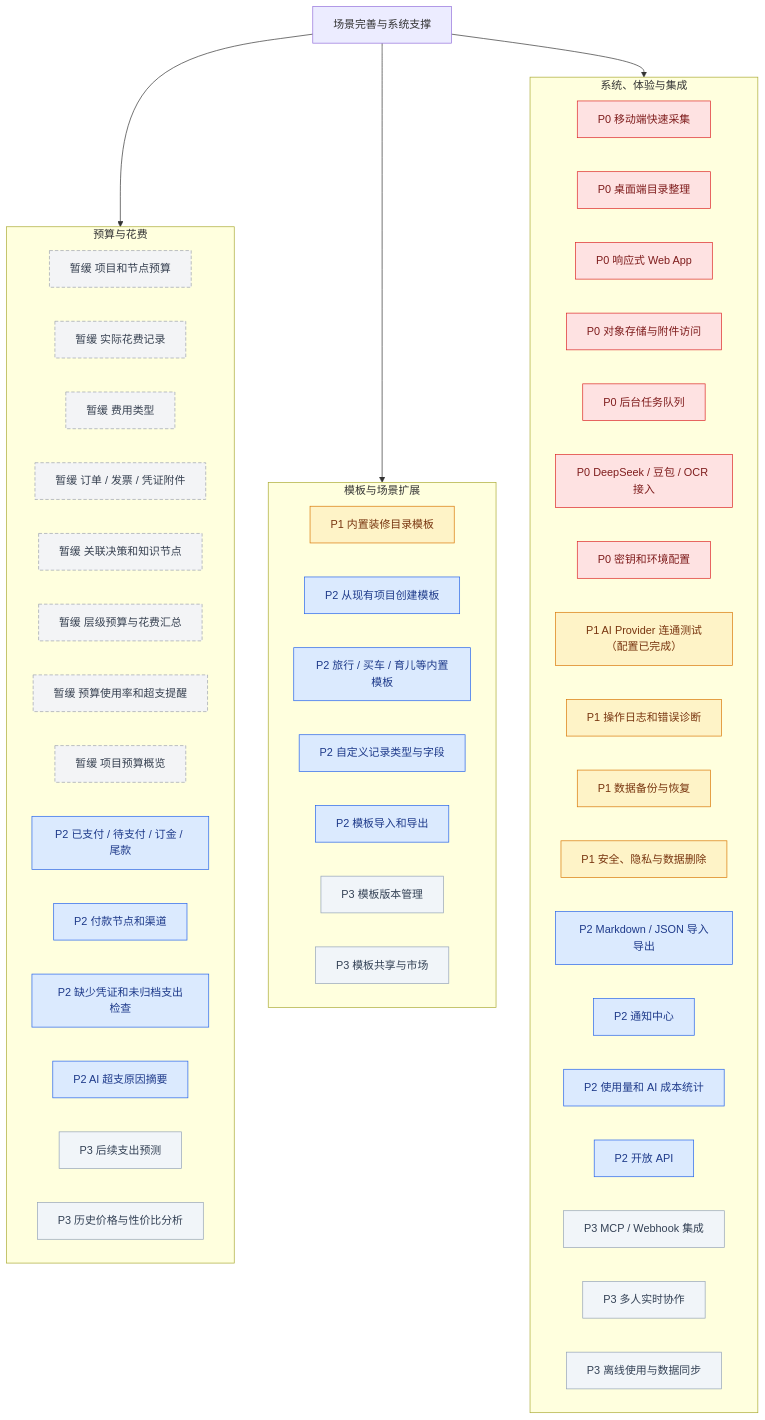
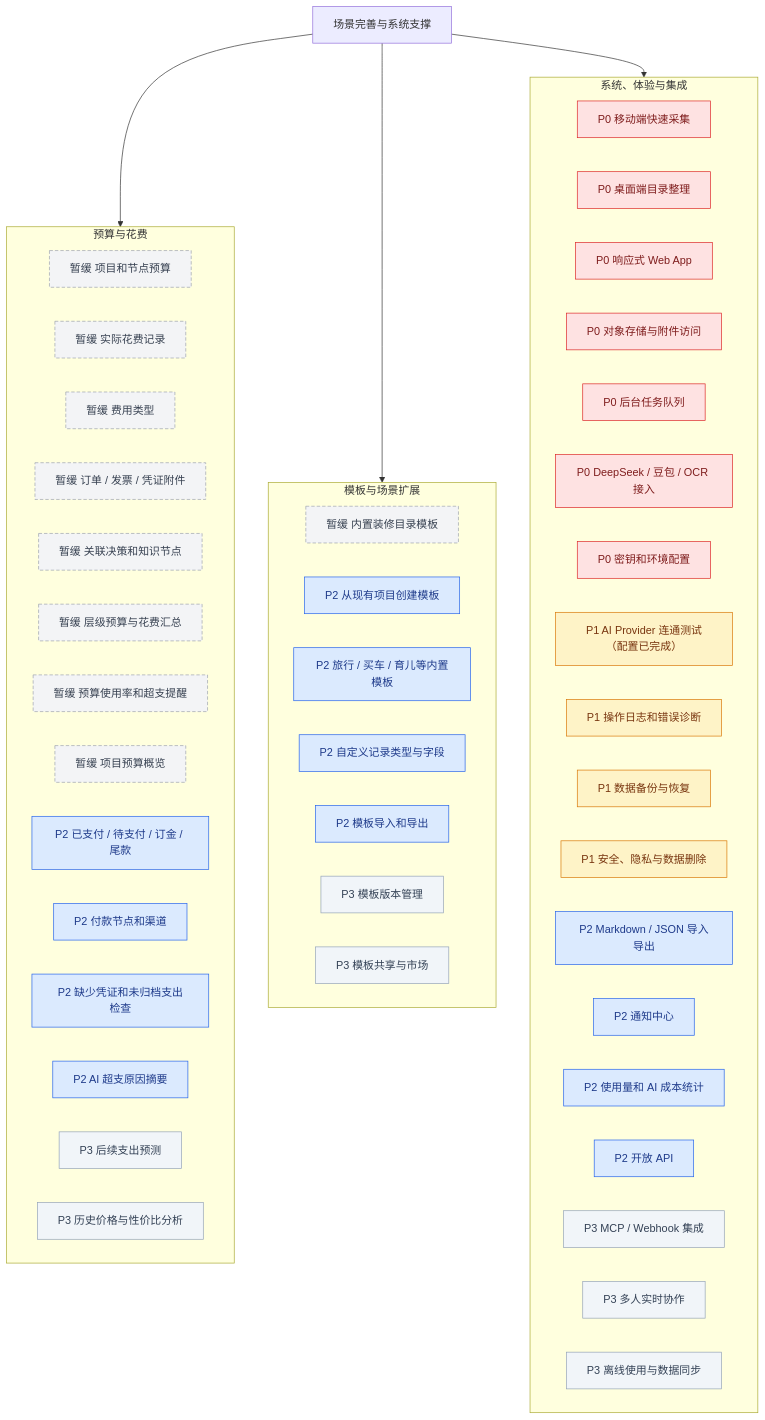
Before and after one commit to zxaptx4869/KnowStruct: the sixth of 7 diagrams in docs/功能结构图与优先级.md, drawn with Mermaid. The commit also changed other lines of this file and 3 other files, not shown here.

````diff
--- a/docs/功能结构图与优先级.md
+++ b/docs/功能结构图与优先级.md
@@ -284,67 +286,68 @@
 ```mermaid
 flowchart TB
     ROOT["场景完善与系统支撑"]
 
     subgraph BUDGET["预算与花费"]
         J1["暂缓 项目和节点预算"]
         J2["暂缓 实际花费记录"]
         J3["暂缓 费用类型"]
         J4["暂缓 订单 / 发票 / 凭证附件"]
         J5["暂缓 关联决策和知识节点"]
         J6["暂缓 层级预算与花费汇总"]
         J7["暂缓 预算使用率和超支提醒"]
         J8["暂缓 项目预算概览"]
         J9["P2 已支付 / 待支付 / 订金 / 尾款"]
         J10["P2 付款节点和渠道"]
         J11["P2 缺少凭证和未归档支出检查"]
         J12["P2 AI 超支原因摘要"]
         J13["P3 后续支出预测"]
         J14["P3 历史价格与性价比分析"]
     end
 
     subgraph TEMPLATE["模板与场景扩展"]
-        K1["P1 内置装修目录模板"]
+        K1["暂缓 内置装修目录模板"]
         K2["P2 从现有项目创建模板"]
         K3["P2 旅行 / 买车 / 育儿等内置模板"]
         K4["P2 自定义记录类型与字段"]
         K5["P2 模板导入和导出"]
         K6["P3 模板版本管理"]
         K7["P3 模板共享与市场"]
     end
 
     subgraph SYSTEM["系统、体验与集成"]
         L1["P0 移动端快速采集"]
         L2["P0 桌面端目录整理"]
         L3["P0 响应式 Web App"]
         L4["P0 对象存储与附件访问"]
         L5["P0 后台任务队列"]
         L6["P0 DeepSeek / 豆包 / OCR 接入"]
         L7["P0 密钥和环境配置"]
         L8["P1 AI Provider 连通测试（配置已完成）"]
         L9["P1 操作日志和错误诊断"]
         L10["P1 数据备份与恢复"]
         L11["P1 安全、隐私与数据删除"]
         L12["P2 Markdown / JSON 导入导出"]
         L13["P2 通知中心"]
         L14["P2 使用量和 AI 成本统计"]
         L15["P2 开放 API"]
         L16["P3 MCP / Webhook 集成"]
         L17["P3 多人实时协作"]
         L18["P3 离线使用与数据同步"]
     end
 
     ROOT --> BUDGET
     ROOT --> TEMPLATE
     ROOT --> SYSTEM
 
     classDef p0 fill:#fee2e2,color:#7f1d1d,stroke:#dc2626;
     classDef p1 fill:#fef3c7,color:#78350f,stroke:#d97706;
     classDef p2 fill:#dbeafe,color:#1e3a8a,stroke:#2563eb;
     classDef p3 fill:#f1f5f9,color:#334155,stroke:#94a3b8;
     classDef defer fill:#f3f4f6,color:#374151,stroke:#9ca3af,stroke-dasharray:5 3;
     class L1,L2,L3,L4,L5,L6,L7 p0;
     class J1,J2,J3,J4,J5,J6,J7,J8 defer;
-    class K1,L8,L9,L10,L11 p1;
+    class L8,L9,L10,L11 p1;
+    class K1 defer;
     class J9,J10,J11,J12,K2,K3,K4,K5,L12,L13,L14,L15 p2;
     class J13,J14,K6,K7,L16,L17,L18 p3;
 ```
````
